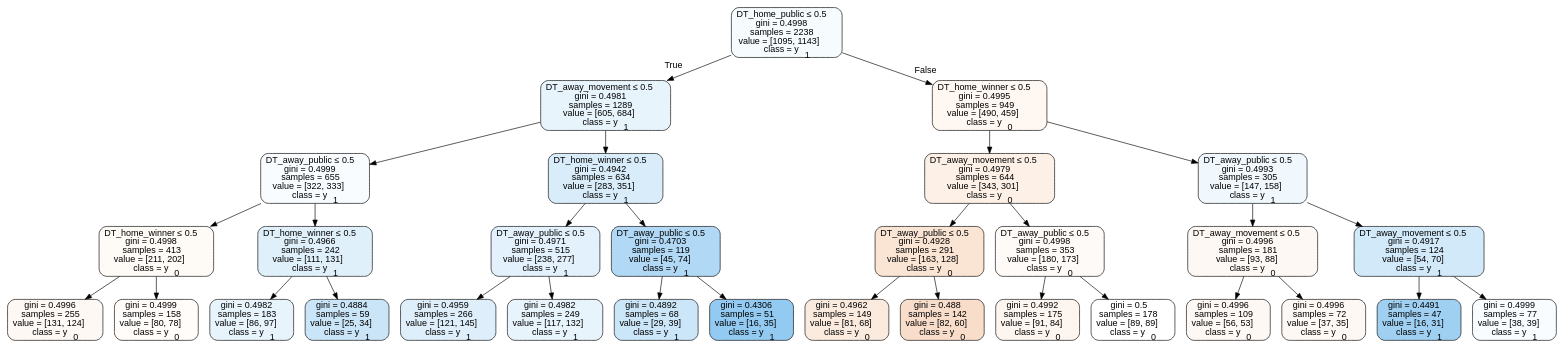
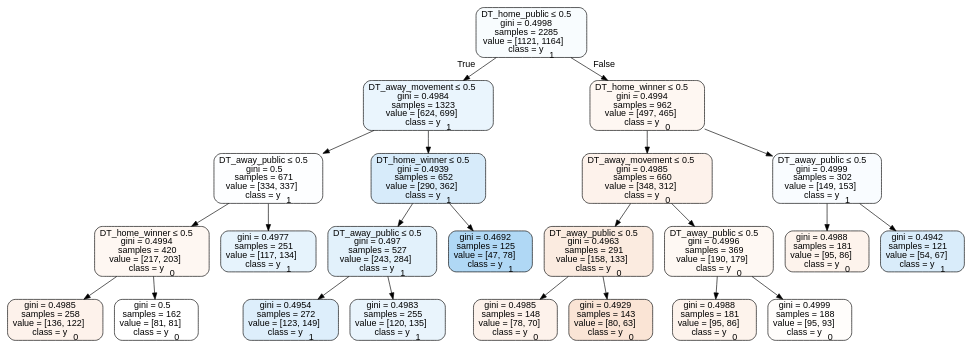
Before and after one commit to usbogie/ncaa-bets: the diagram in tree_data/tree2011neutral.dot, drawn with Graphviz. The commit also changed 50 other files, not shown here.

```diff
--- a/tree_data/tree2011neutral.dot
+++ b/tree_data/tree2011neutral.dot
@@ -1,65 +1,49 @@
 digraph Tree {
 node [shape=box, style="filled, rounded", color="black", fontname=helvetica] ;
 edge [fontname=helvetica] ;
-0 [label=<DT_home_public &le; 0.5<br/>gini = 0.4998<br/>samples = 2238<br/>value = [1095, 1143]<br/>class = y<SUB>1</SUB>>, fillcolor="#399de50b"] ;
-1 [label=<DT_away_movement &le; 0.5<br/>gini = 0.4981<br/>samples = 1289<br/>value = [605, 684]<br/>class = y<SUB>1</SUB>>, fillcolor="#399de51d"] ;
+0 [label=<DT_home_public &le; 0.5<br/>gini = 0.4998<br/>samples = 2285<br/>value = [1121, 1164]<br/>class = y<SUB>1</SUB>>, fillcolor="#399de509"] ;
+1 [label=<DT_away_movement &le; 0.5<br/>gini = 0.4984<br/>samples = 1323<br/>value = [624, 699]<br/>class = y<SUB>1</SUB>>, fillcolor="#399de51b"] ;
 0 -> 1 [labeldistance=2.5, labelangle=45, headlabel="True"] ;
-2 [label=<DT_away_public &le; 0.5<br/>gini = 0.4999<br/>samples = 655<br/>value = [322, 333]<br/>class = y<SUB>1</SUB>>, fillcolor="#399de508"] ;
+2 [label=<DT_away_public &le; 0.5<br/>gini = 0.5<br/>samples = 671<br/>value = [334, 337]<br/>class = y<SUB>1</SUB>>, fillcolor="#399de502"] ;
 1 -> 2 ;
-3 [label=<DT_home_winner &le; 0.5<br/>gini = 0.4998<br/>samples = 413<br/>value = [211, 202]<br/>class = y<SUB>0</SUB>>, fillcolor="#e581390b"] ;
+3 [label=<DT_home_winner &le; 0.5<br/>gini = 0.4994<br/>samples = 420<br/>value = [217, 203]<br/>class = y<SUB>0</SUB>>, fillcolor="#e5813910"] ;
 2 -> 3 ;
-4 [label=<gini = 0.4996<br/>samples = 255<br/>value = [131, 124]<br/>class = y<SUB>0</SUB>>, fillcolor="#e581390e"] ;
+4 [label=<gini = 0.4985<br/>samples = 258<br/>value = [136, 122]<br/>class = y<SUB>0</SUB>>, fillcolor="#e581391a"] ;
 3 -> 4 ;
-5 [label=<gini = 0.4999<br/>samples = 158<br/>value = [80, 78]<br/>class = y<SUB>0</SUB>>, fillcolor="#e5813906"] ;
+5 [label=<gini = 0.5<br/>samples = 162<br/>value = [81, 81]<br/>class = y<SUB>0</SUB>>, fillcolor="#e5813900"] ;
 3 -> 5 ;
-6 [label=<DT_home_winner &le; 0.5<br/>gini = 0.4966<br/>samples = 242<br/>value = [111, 131]<br/>class = y<SUB>1</SUB>>, fillcolor="#399de527"] ;
+6 [label=<gini = 0.4977<br/>samples = 251<br/>value = [117, 134]<br/>class = y<SUB>1</SUB>>, fillcolor="#399de520"] ;
 2 -> 6 ;
-7 [label=<gini = 0.4982<br/>samples = 183<br/>value = [86, 97]<br/>class = y<SUB>1</SUB>>, fillcolor="#399de51d"] ;
-6 -> 7 ;
-8 [label=<gini = 0.4884<br/>samples = 59<br/>value = [25, 34]<br/>class = y<SUB>1</SUB>>, fillcolor="#399de544"] ;
-6 -> 8 ;
-9 [label=<DT_home_winner &le; 0.5<br/>gini = 0.4942<br/>samples = 634<br/>value = [283, 351]<br/>class = y<SUB>1</SUB>>, fillcolor="#399de531"] ;
-1 -> 9 ;
-10 [label=<DT_away_public &le; 0.5<br/>gini = 0.4971<br/>samples = 515<br/>value = [238, 277]<br/>class = y<SUB>1</SUB>>, fillcolor="#399de524"] ;
-9 -> 10 ;
-11 [label=<gini = 0.4959<br/>samples = 266<br/>value = [121, 145]<br/>class = y<SUB>1</SUB>>, fillcolor="#399de52a"] ;
-10 -> 11 ;
-12 [label=<gini = 0.4982<br/>samples = 249<br/>value = [117, 132]<br/>class = y<SUB>1</SUB>>, fillcolor="#399de51d"] ;
-10 -> 12 ;
-13 [label=<DT_away_public &le; 0.5<br/>gini = 0.4703<br/>samples = 119<br/>value = [45, 74]<br/>class = y<SUB>1</SUB>>, fillcolor="#399de564"] ;
-9 -> 13 ;
-14 [label=<gini = 0.4892<br/>samples = 68<br/>value = [29, 39]<br/>class = y<SUB>1</SUB>>, fillcolor="#399de541"] ;
+7 [label=<DT_home_winner &le; 0.5<br/>gini = 0.4939<br/>samples = 652<br/>value = [290, 362]<br/>class = y<SUB>1</SUB>>, fillcolor="#399de533"] ;
+1 -> 7 ;
+8 [label=<DT_away_public &le; 0.5<br/>gini = 0.497<br/>samples = 527<br/>value = [243, 284]<br/>class = y<SUB>1</SUB>>, fillcolor="#399de525"] ;
+7 -> 8 ;
+9 [label=<gini = 0.4954<br/>samples = 272<br/>value = [123, 149]<br/>class = y<SUB>1</SUB>>, fillcolor="#399de52c"] ;
+8 -> 9 ;
+10 [label=<gini = 0.4983<br/>samples = 255<br/>value = [120, 135]<br/>class = y<SUB>1</SUB>>, fillcolor="#399de51c"] ;
+8 -> 10 ;
+11 [label=<gini = 0.4692<br/>samples = 125<br/>value = [47, 78]<br/>class = y<SUB>1</SUB>>, fillcolor="#399de565"] ;
+7 -> 11 ;
+12 [label=<DT_home_winner &le; 0.5<br/>gini = 0.4994<br/>samples = 962<br/>value = [497, 465]<br/>class = y<SUB>0</SUB>>, fillcolor="#e5813910"] ;
+0 -> 12 [labeldistance=2.5, labelangle=-45, headlabel="False"] ;
+13 [label=<DT_away_movement &le; 0.5<br/>gini = 0.4985<br/>samples = 660<br/>value = [348, 312]<br/>class = y<SUB>0</SUB>>, fillcolor="#e581391a"] ;
+12 -> 13 ;
+14 [label=<DT_away_public &le; 0.5<br/>gini = 0.4963<br/>samples = 291<br/>value = [158, 133]<br/>class = y<SUB>0</SUB>>, fillcolor="#e5813928"] ;
 13 -> 14 ;
-15 [label=<gini = 0.4306<br/>samples = 51<br/>value = [16, 35]<br/>class = y<SUB>1</SUB>>, fillcolor="#399de58a"] ;
-13 -> 15 ;
-16 [label=<DT_home_winner &le; 0.5<br/>gini = 0.4995<br/>samples = 949<br/>value = [490, 459]<br/>class = y<SUB>0</SUB>>, fillcolor="#e5813910"] ;
-0 -> 16 [labeldistance=2.5, labelangle=-45, headlabel="False"] ;
-17 [label=<DT_away_movement &le; 0.5<br/>gini = 0.4979<br/>samples = 644<br/>value = [343, 301]<br/>class = y<SUB>0</SUB>>, fillcolor="#e581391f"] ;
-16 -> 17 ;
-18 [label=<DT_away_public &le; 0.5<br/>gini = 0.4928<br/>samples = 291<br/>value = [163, 128]<br/>class = y<SUB>0</SUB>>, fillcolor="#e5813937"] ;
+15 [label=<gini = 0.4985<br/>samples = 148<br/>value = [78, 70]<br/>class = y<SUB>0</SUB>>, fillcolor="#e581391a"] ;
+14 -> 15 ;
+16 [label=<gini = 0.4929<br/>samples = 143<br/>value = [80, 63]<br/>class = y<SUB>0</SUB>>, fillcolor="#e5813936"] ;
+14 -> 16 ;
+17 [label=<DT_away_public &le; 0.5<br/>gini = 0.4996<br/>samples = 369<br/>value = [190, 179]<br/>class = y<SUB>0</SUB>>, fillcolor="#e581390f"] ;
+13 -> 17 ;
+18 [label=<gini = 0.4988<br/>samples = 181<br/>value = [95, 86]<br/>class = y<SUB>0</SUB>>, fillcolor="#e5813918"] ;
 17 -> 18 ;
-19 [label=<gini = 0.4962<br/>samples = 149<br/>value = [81, 68]<br/>class = y<SUB>0</SUB>>, fillcolor="#e5813929"] ;
-18 -> 19 ;
-20 [label=<gini = 0.488<br/>samples = 142<br/>value = [82, 60]<br/>class = y<SUB>0</SUB>>, fillcolor="#e5813944"] ;
-18 -> 20 ;
-21 [label=<DT_away_public &le; 0.5<br/>gini = 0.4998<br/>samples = 353<br/>value = [180, 173]<br/>class = y<SUB>0</SUB>>, fillcolor="#e581390a"] ;
-17 -> 21 ;
-22 [label=<gini = 0.4992<br/>samples = 175<br/>value = [91, 84]<br/>class = y<SUB>0</SUB>>, fillcolor="#e5813914"] ;
-21 -> 22 ;
-23 [label=<gini = 0.5<br/>samples = 178<br/>value = [89, 89]<br/>class = y<SUB>0</SUB>>, fillcolor="#e5813900"] ;
-21 -> 23 ;
-24 [label=<DT_away_public &le; 0.5<br/>gini = 0.4993<br/>samples = 305<br/>value = [147, 158]<br/>class = y<SUB>1</SUB>>, fillcolor="#399de512"] ;
-16 -> 24 ;
-25 [label=<DT_away_movement &le; 0.5<br/>gini = 0.4996<br/>samples = 181<br/>value = [93, 88]<br/>class = y<SUB>0</SUB>>, fillcolor="#e581390e"] ;
-24 -> 25 ;
-26 [label=<gini = 0.4996<br/>samples = 109<br/>value = [56, 53]<br/>class = y<SUB>0</SUB>>, fillcolor="#e581390e"] ;
-25 -> 26 ;
-27 [label=<gini = 0.4996<br/>samples = 72<br/>value = [37, 35]<br/>class = y<SUB>0</SUB>>, fillcolor="#e581390e"] ;
-25 -> 27 ;
-28 [label=<DT_away_movement &le; 0.5<br/>gini = 0.4917<br/>samples = 124<br/>value = [54, 70]<br/>class = y<SUB>1</SUB>>, fillcolor="#399de53a"] ;
-24 -> 28 ;
-29 [label=<gini = 0.4491<br/>samples = 47<br/>value = [16, 31]<br/>class = y<SUB>1</SUB>>, fillcolor="#399de57b"] ;
-28 -> 29 ;
-30 [label=<gini = 0.4999<br/>samples = 77<br/>value = [38, 39]<br/>class = y<SUB>1</SUB>>, fillcolor="#399de507"] ;
-28 -> 30 ;
+19 [label=<gini = 0.4999<br/>samples = 188<br/>value = [95, 93]<br/>class = y<SUB>0</SUB>>, fillcolor="#e5813905"] ;
+17 -> 19 ;
+20 [label=<DT_away_public &le; 0.5<br/>gini = 0.4999<br/>samples = 302<br/>value = [149, 153]<br/>class = y<SUB>1</SUB>>, fillcolor="#399de507"] ;
+12 -> 20 ;
+21 [label=<gini = 0.4988<br/>samples = 181<br/>value = [95, 86]<br/>class = y<SUB>0</SUB>>, fillcolor="#e5813918"] ;
+20 -> 21 ;
+22 [label=<gini = 0.4942<br/>samples = 121<br/>value = [54, 67]<br/>class = y<SUB>1</SUB>>, fillcolor="#399de531"] ;
+20 -> 22 ;
 }
```
